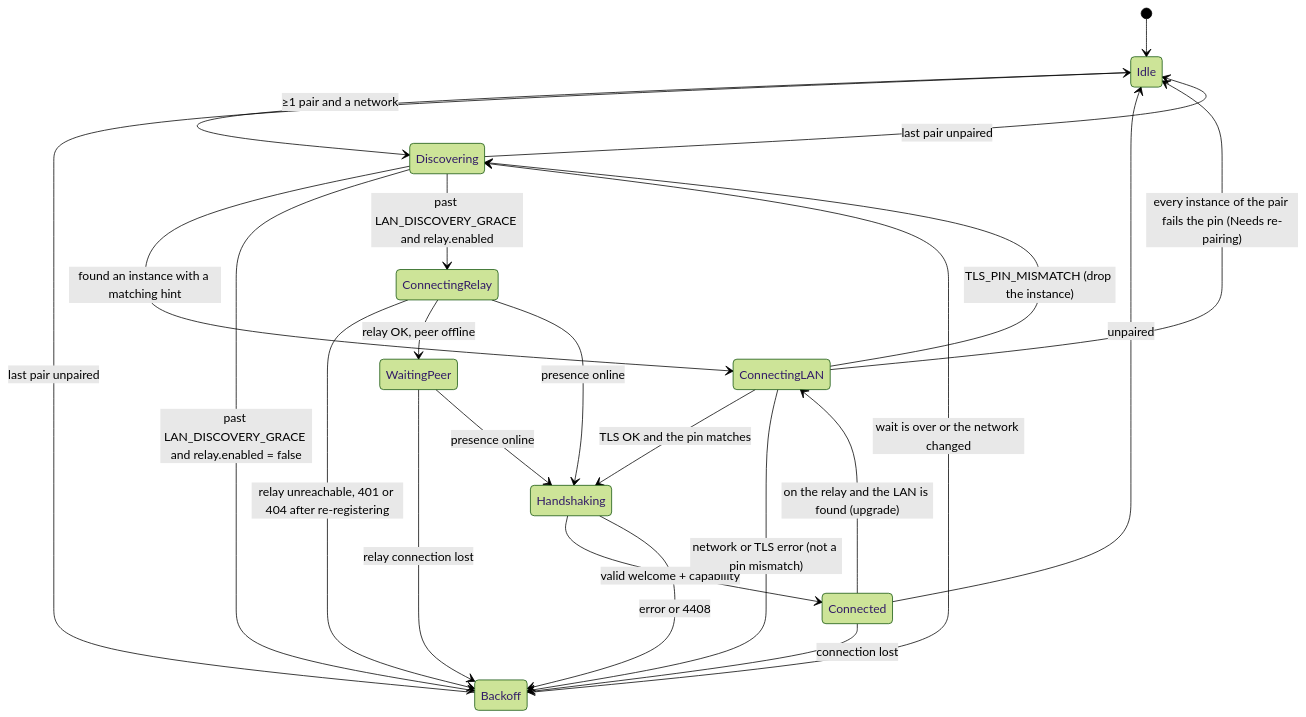
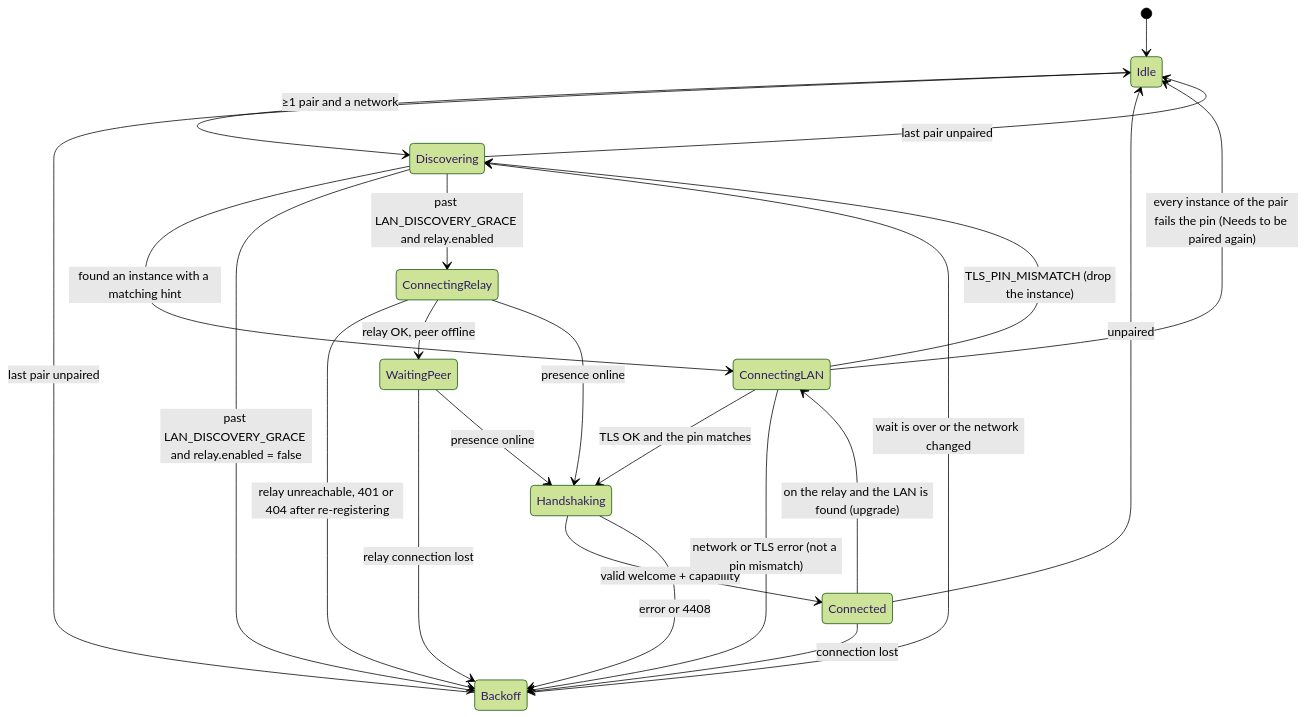
Before and after one commit to HandLive/handlive: the diagram in docs/detailed-design/00-common-specs.md, drawn with Mermaid (forest theme). The commit also changed other lines of this file, not shown here.

````diff
--- a/docs/detailed-design/00-common-specs.md
+++ b/docs/detailed-design/00-common-specs.md
@@ -906,25 +906,25 @@
 ```mermaid
 stateDiagram-v2
   [*] --> Idle
   Idle --> Discovering: ≥1 pair and a network
   Discovering --> ConnectingLAN: found an instance with a matching hint
   ConnectingLAN --> Handshaking: TLS OK and the pin matches
   ConnectingLAN --> Discovering: TLS_PIN_MISMATCH (drop the instance)
   Handshaking --> Connected: valid welcome + capability
   Handshaking --> Backoff: error or 4408
   ConnectingLAN --> Backoff: network or TLS error (not a pin mismatch)
-  ConnectingLAN --> Idle: every instance of the pair fails the pin (Needs re-pairing)
+  ConnectingLAN --> Idle: every instance of the pair fails the pin (Needs to be paired again)
   ConnectingRelay --> Backoff: relay unreachable, 401 or 404 after re-registering
   WaitingPeer --> Backoff: relay connection lost
   Discovering --> Backoff: past LAN_DISCOVERY_GRACE and relay.enabled = false
   Discovering --> Idle: last pair unpaired
   Backoff --> Idle: last pair unpaired
   Discovering --> ConnectingRelay: past LAN_DISCOVERY_GRACE and relay.enabled
   ConnectingRelay --> WaitingPeer: relay OK, peer offline
   WaitingPeer --> Handshaking: presence online
   ConnectingRelay --> Handshaking: presence online
   Connected --> Backoff: connection lost
   Connected --> ConnectingLAN: on the relay and the LAN is found (upgrade)
   Backoff --> Discovering: wait is over or the network changed
   Connected --> Idle: unpaired
 ```
````
